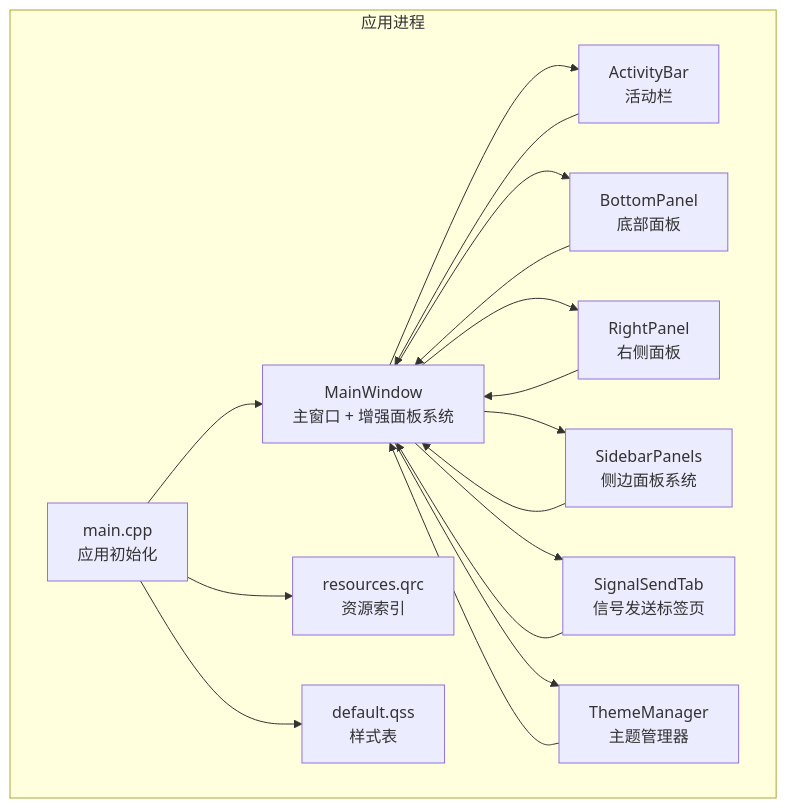
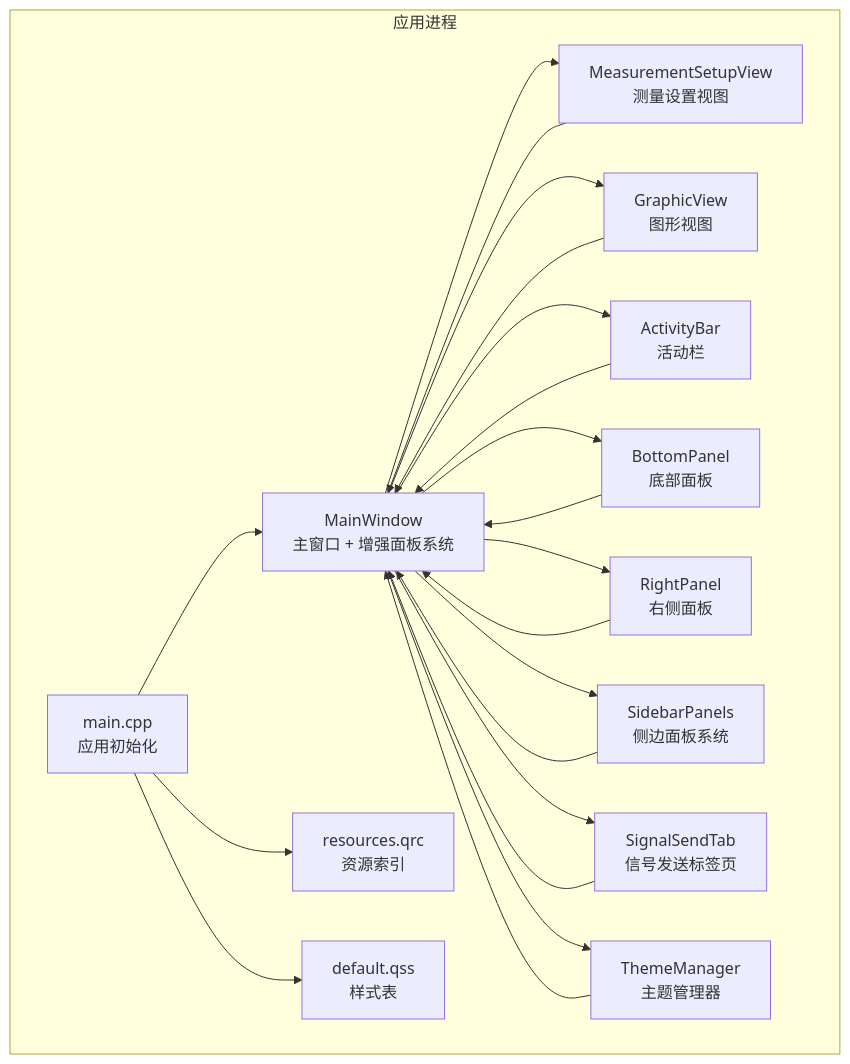
Before and after one commit to jakecai1225-design/OpenBus: the second of 4 diagrams in .qoder/repowiki/zh/content/架构设计/主窗口组件架构.md, drawn with Mermaid. The commit also changed other lines of this file and 31 other files, not shown here.

````diff
--- a/.qoder/repowiki/zh/content/架构设计/主窗口组件架构.md
+++ b/.qoder/repowiki/zh/content/架构设计/主窗口组件架构.md
@@ -123,30 +137,36 @@
 ```mermaid
 graph TB
 subgraph "应用进程"
 M["main.cpp<br/>应用初始化"]
 MW["MainWindow<br/>主窗口 + 增强面板系统"]
+MSV["MeasurementSetupView<br/>测量设置视图"]
+GV["GraphicView<br/>图形视图"]
 AB["ActivityBar<br/>活动栏"]
 BP["BottomPanel<br/>底部面板"]
 RP["RightPanel<br/>右侧面板"]
 SP["SidebarPanels<br/>侧边面板系统"]
 ST["SignalSendTab<br/>信号发送标签页"]
 TM["ThemeManager<br/>主题管理器"]
 R["resources.qrc<br/>资源索引"]
 QSS["default.qss<br/>样式表"]
 end
 M --> MW
 M --> R
 M --> QSS
+MW --> MSV
+MW --> GV
 MW --> AB
 MW --> BP
 MW --> RP
 MW --> SP
 MW --> ST
 MW --> TM
+MSV --> MW
+GV --> MW
 AB --> MW
 BP --> MW
 RP --> MW
 SP --> MW
 ST --> MW
 TM --> MW
 ```
````
